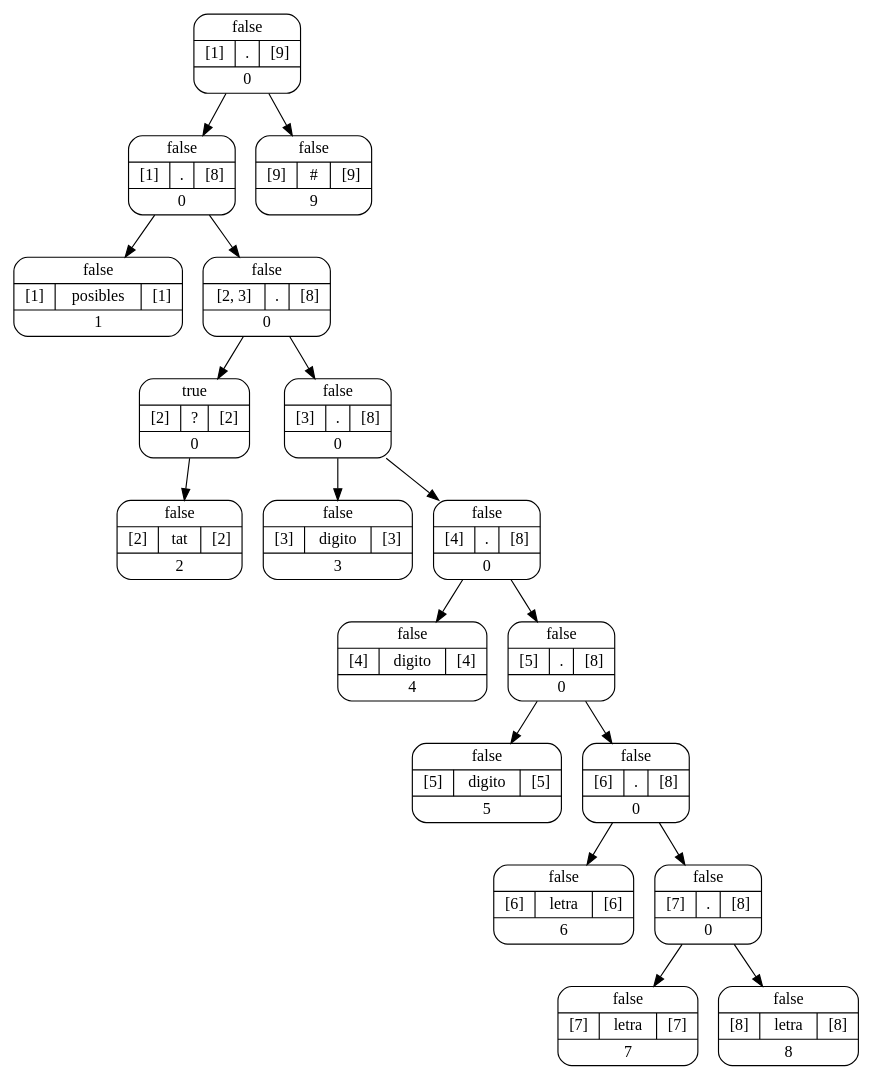
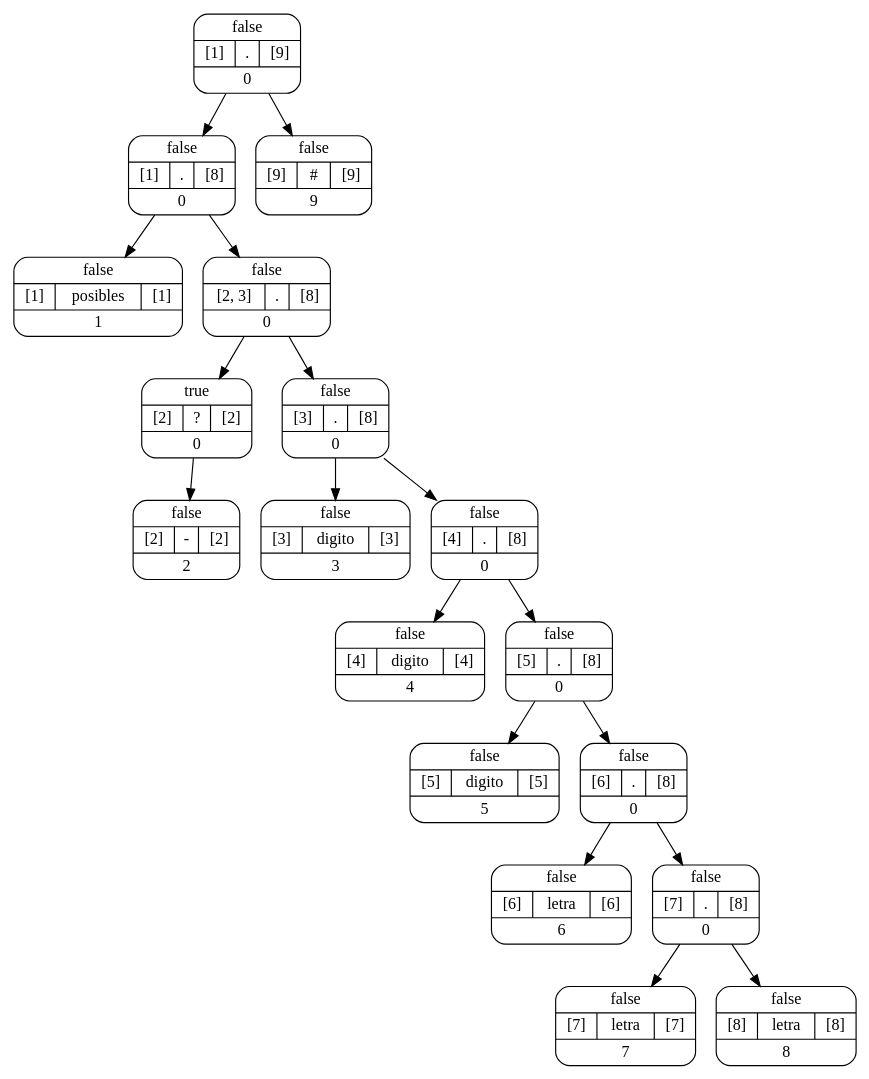
Before and after one commit to Villa01/OLC1-Proyecto1_201900907: the diagram in Salida/ArchivosDot/Grafico0.dot, drawn with Graphviz. The commit also changed 19 other files, not shown here.

```diff
--- a/Salida/ArchivosDot/Grafico0.dot
+++ b/Salida/ArchivosDot/Grafico0.dot
@@ -1,41 +1,41 @@
 digraph Arbol_Sintactico{
 
  node[style=rounded shape=record]
 node0[label = "{false|{[1]|.|[9]}|0}"];
 node0 -> node00
 node00[label = "{false|{[1]|.|[8]}|0}"];
 node00 -> node000
 node000[label = "{false|{[1]|posibles|[1]}|1}"];
 node00 -> node001
 node001[label = "{false|{[2, 3]|.|[8]}|0}"];
 node001 -> node0010
 node0010[label = "{true|{[2]|?|[2]}|0}"];
 node0010 -> node00100
-node00100[label = "{false|{[2]|tat|[2]}|2}"];
+node00100[label = "{false|{[2]|-|[2]}|2}"];
 node001 -> node0011
 node0011[label = "{false|{[3]|.|[8]}|0}"];
 node0011 -> node00110
 node00110[label = "{false|{[3]|digito|[3]}|3}"];
 node0011 -> node00111
 node00111[label = "{false|{[4]|.|[8]}|0}"];
 node00111 -> node001110
 node001110[label = "{false|{[4]|digito|[4]}|4}"];
 node00111 -> node001111
 node001111[label = "{false|{[5]|.|[8]}|0}"];
 node001111 -> node0011110
 node0011110[label = "{false|{[5]|digito|[5]}|5}"];
 node001111 -> node0011111
 node0011111[label = "{false|{[6]|.|[8]}|0}"];
 node0011111 -> node00111110
 node00111110[label = "{false|{[6]|letra|[6]}|6}"];
 node0011111 -> node00111111
 node00111111[label = "{false|{[7]|.|[8]}|0}"];
 node00111111 -> node001111110
 node001111110[label = "{false|{[7]|letra|[7]}|7}"];
 node00111111 -> node001111111
 node001111111[label = "{false|{[8]|letra|[8]}|8}"];
 node0 -> node01
 node01[label = "{false|{[9]|#|[9]}|9}"];
 
 
 }
```
